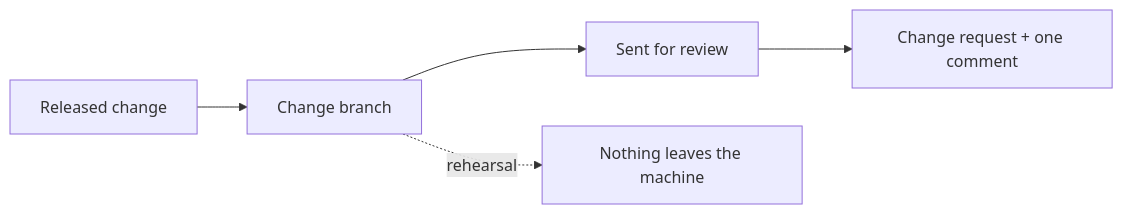
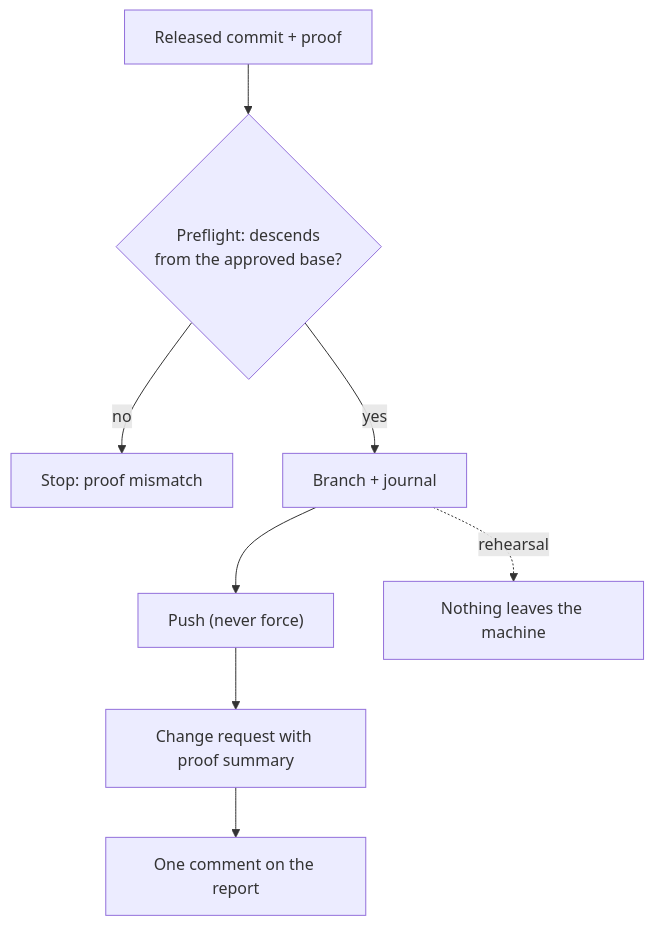
Before and after one commit to michaelatamuk/openjiuwen-works: the tenth of 11 diagrams in docs/guides/how-a-fix-flows.md, drawn with Mermaid. The commit also changed other lines of this file and 11 other files, not shown here.

First line of the commit message:
feat(deliver): journal the delivery, preflight the token and prove the commit ancestry

````diff
--- a/docs/guides/how-a-fix-flows.md
+++ b/docs/guides/how-a-fix-flows.md
@@ -265,7 +271,10 @@
 ```mermaid
-flowchart LR
-    R[Released change] --> B[Change branch]
-    B --> P[Sent for review]
-    P --> PR[Change request + one comment]
-    B -.->|rehearsal| L[Nothing leaves the machine]
+flowchart TD
+    R["Released commit + proof"] --> P{"Preflight: descends<br/>from the approved base?"}
+    P -->|"no"| X["Stop: proof mismatch"]
+    P -->|"yes"| B["Branch + journal"]
+    B --> U["Push (never force)"]
+    U --> C["Change request with proof summary"]
+    C --> M["One comment on the report"]
+    B -.->|"rehearsal"| L["Nothing leaves the machine"]
 ```
````
